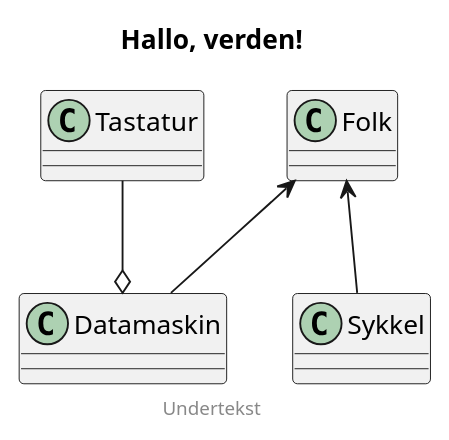
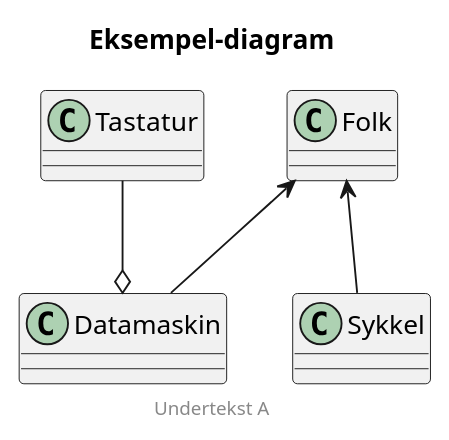
Before and after one commit to HL7Norway/ig-mal: the diagram in currentbuild/test.puml, drawn with PlantUML. The commit also changed 37 other files, not shown here.

```diff
--- a/currentbuild/test.puml
+++ b/currentbuild/test.puml
@@ -1,15 +1,15 @@
 @startuml
 
-title Hallo, verden!
-footer Undertekst
+title Eksempel-diagram
+footer Undertekst A
 
 class Folk
 class Datamaskin
 class Sykkel
 class Tastatur
 
 Folk <-- Datamaskin
 Folk <-- Sykkel
 Tastatur --o Datamaskin
 
 @enduml
```
